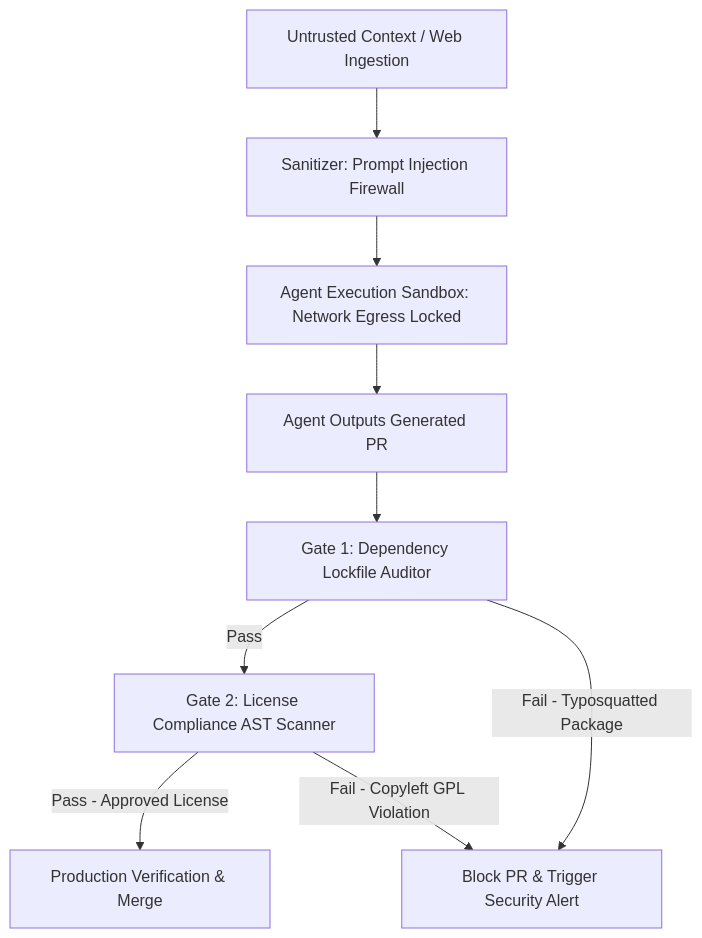
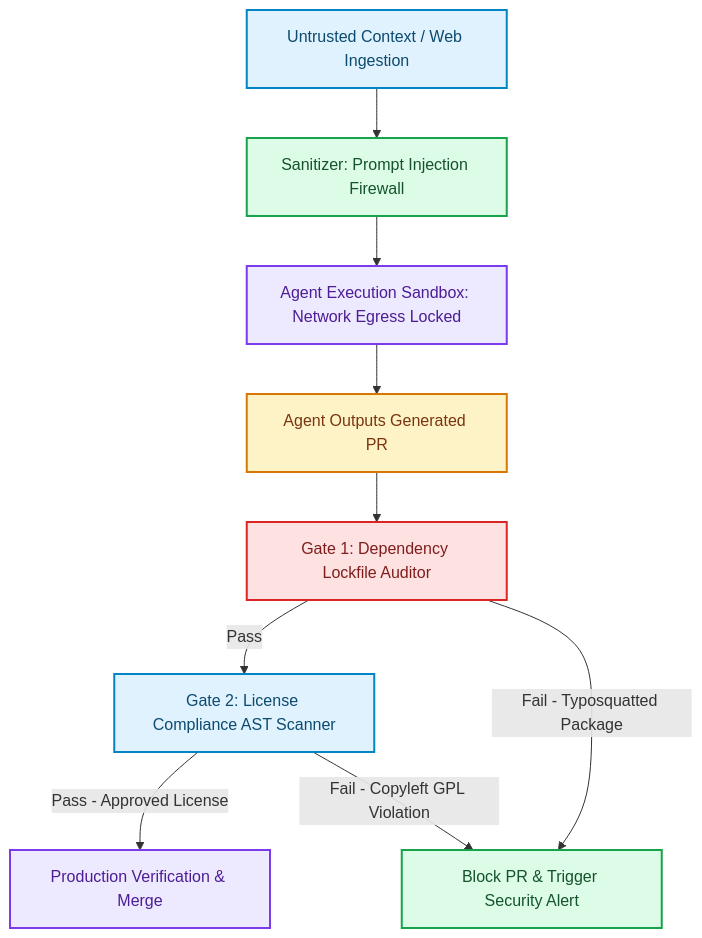
The diagram in blog/posts/tech-lead-security-supply-chain-ip-governance-ai-codebases.md (akmalkhaniub/akmalkhaniub.github.io), drawn with Mermaid before and after one commit. The commit also changed other lines of this file and 1291 other files, not shown here.

First line of the commit message:
feat(catalog): unique covers, scholarly references, and diagram palettes

````diff
--- a/blog/posts/tech-lead-security-supply-chain-ip-governance-ai-codebases.md
+++ b/blog/posts/tech-lead-security-supply-chain-ip-governance-ai-codebases.md
@@ -19,11 +19,22 @@
 ```mermaid
 flowchart TD
-  A[Untrusted Context / Web Ingestion] --> B[Sanitizer: Prompt Injection Firewall]
-  B --> C[Agent Execution Sandbox: Network Egress Locked]
-  C --> D[Agent Outputs Generated PR]
-  D --> E[Gate 1: Dependency Lockfile Auditor]
-  E -->|Pass| F[Gate 2: License Compliance AST Scanner]
-  E -->|Fail - Typosquatted Package| X[Block PR & Trigger Security Alert]
-  F -->|Pass - Approved License| G[Production Verification & Merge]
+  A["Untrusted Context / Web Ingestion"] --> B["Sanitizer: Prompt Injection Firewall"]
+  B --> C["Agent Execution Sandbox: Network Egress Locked"]
+  C --> D["Agent Outputs Generated PR"]
+  D --> E["Gate 1: Dependency Lockfile Auditor"]
+  E -->|Pass| F["Gate 2: License Compliance AST Scanner"]
+  E -->|Fail - Typosquatted Package| X["Block PR & Trigger Security Alert"]
+  F -->|Pass - Approved License| G["Production Verification & Merge"]
   F -->|Fail - Copyleft GPL Violation| X
+
+classDef green fill:#dcfce7,stroke:#16a34a,stroke-width:2px,color:#14532d;
+classDef red fill:#fee2e2,stroke:#dc2626,stroke-width:2px,color:#7f1d1d;
+classDef blue fill:#e0f2fe,stroke:#0284c7,stroke-width:2px,color:#0c4a6e;
+classDef yellow fill:#fef3c7,stroke:#d97706,stroke-width:2px,color:#78350f;
+classDef purple fill:#ede9fe,stroke:#7c3aed,stroke-width:2px,color:#4c1d95;
+class A,F blue
+class B,X green
+class C,G purple
+class D yellow
+class E red
 ```
````
